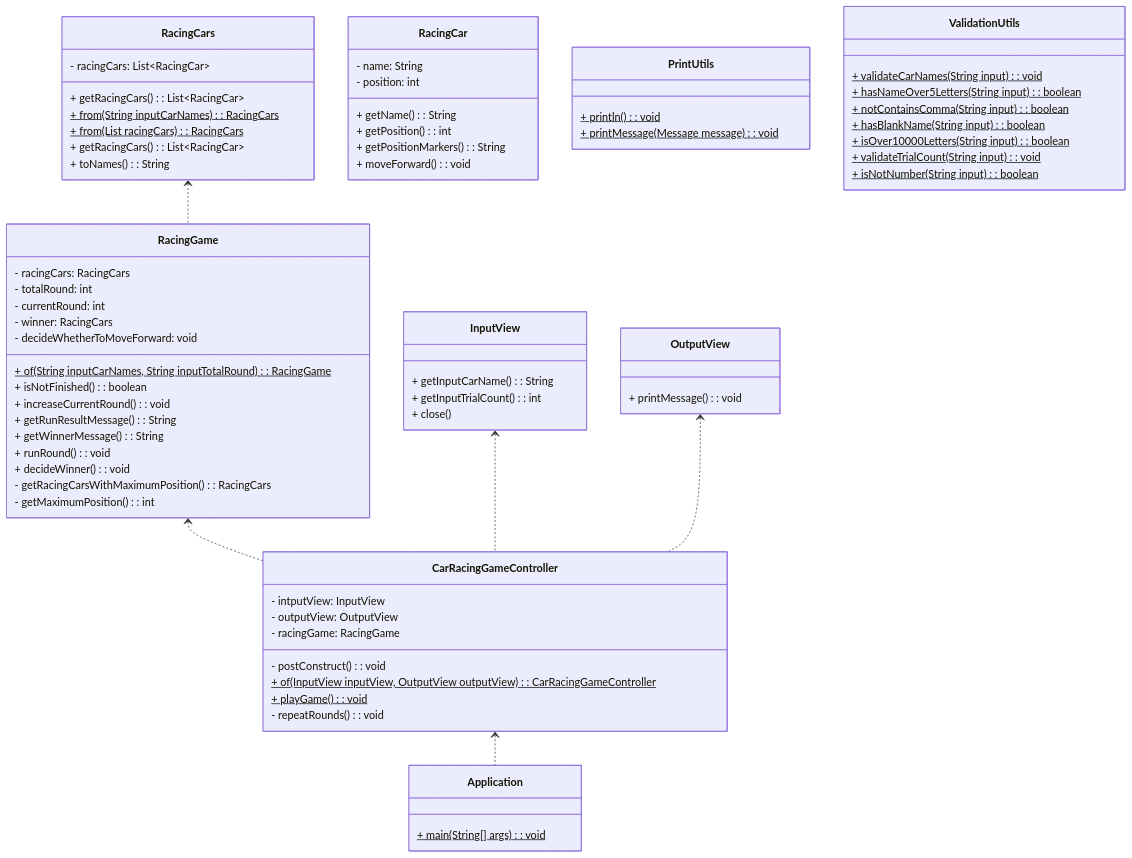
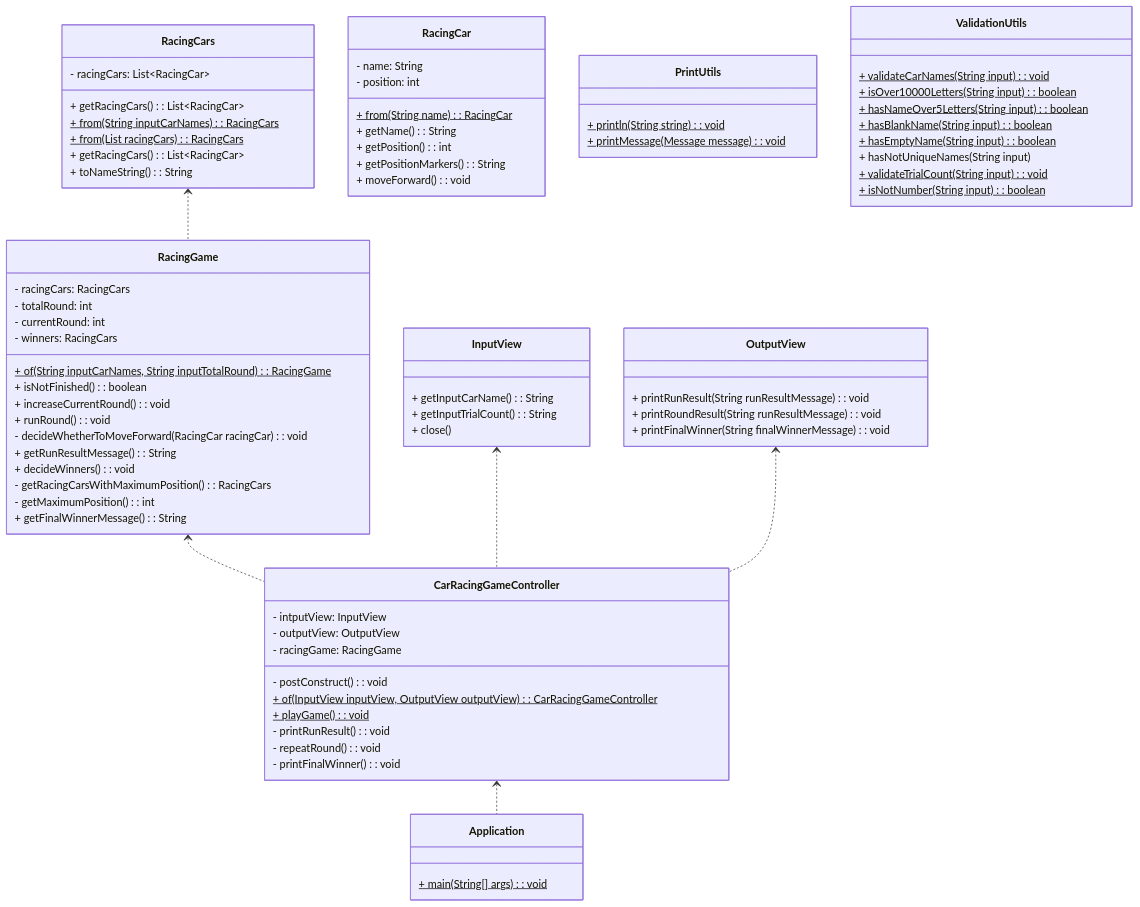
One commit to woowacourse-precourse/java-racingcar-6 changed the diagram in docs/README.md. Above: the diagram before and after it, drawn with Mermaid. The commit also changed other lines of this file, not shown here.

```diff
--- a/docs/README.md
+++ b/docs/README.md
@@ -66,15 +69,16 @@
     class RacingCars {
         - racingCars: List~RacingCar~
         + getRacingCars(): List~RacingCar~
-        + from(String inputCarNames): RacingCars$
-        + from(List<RacingCar> racingCars): RacingCars$
+        + from(String inputCarNames)$: RacingCars
+        + from(List<RacingCar> racingCars)$: RacingCars
         + getRacingCars(): List~RacingCar~
-        + toNames(): String
+        + toNameString(): String
     }
 
     class RacingCar {
         - name: String
         - position: int
+        + from(String name)$: RacingCar
         + getName(): String
         + getPosition(): int
         + getPositionMarkers(): String
@@ -85,27 +89,29 @@
         - racingCars: RacingCars
         - totalRound: int
         - currentRound: int
-        - winner: RacingCars
-        + of(String inputCarNames, String inputTotalRound): RacingGame$
+        - winners: RacingCars
+        + of(String inputCarNames, String inputTotalRound)$: RacingGame
         + isNotFinished(): boolean
         + increaseCurrentRound(): void
+        + runRound(): void
+        - decideWhetherToMoveForward(RacingCar racingCar): void
         + getRunResultMessage(): String
-        + getWinnerMessage(): String
-        + runRound(): void
-        - decideWhetherToMoveForward: void
-        + decideWinner(): void
+        + decideWinners(): void
         - getRacingCarsWithMaximumPosition(): RacingCars
         - getMaximumPosition(): int
+        + getFinalWinnerMessage(): String
     }
 
     class InputView {
         + getInputCarName(): String
-        + getInputTrialCount(): int
+        + getInputTrialCount(): String
         + close()
     }
 
     class OutputView {
-        + printMessage(): void
+        + printRunResult(String runResultMessage): void
+        + printRoundResult(String runResultMessage): void
+        + printFinalWinner(String finalWinnerMessage): void
     }
 
     class CarRacingGameController {
@@ -113,9 +119,11 @@
         - outputView: OutputView
         - racingGame: RacingGame
         - postConstruct(): void
-        + of(InputView inputView, OutputView outputView): CarRacingGameController$
+        + of(InputView inputView, OutputView outputView)$: CarRacingGameController
         + playGame()$: void
-        - repeatRounds(): void
+        - printRunResult(): void
+        - repeatRound(): void
+        - printFinalWinner(): void
     }
 
     class Application {
@@ -123,15 +131,16 @@
     }
 
     class PrintUtils {
-        + println()$: void
+        + println(String string)$: void
         + printMessage(Message message)$: void
     }
     class ValidationUtils {
         + validateCarNames(String input)$: void
+        + isOver10000Letters(String input)$: boolean
         + hasNameOver5Letters(String input)$: boolean
-        + notContainsComma(String input)$: boolean
         + hasBlankName(String input)$: boolean
-        + isOver10000Letters(String input)$: boolean
+        + hasEmptyName(String input)$: boolean
+        + hasNotUniqueNames(String input)
         + validateTrialCount(String input)$: void
         + isNotNumber(String input)$: boolean
     }
```
